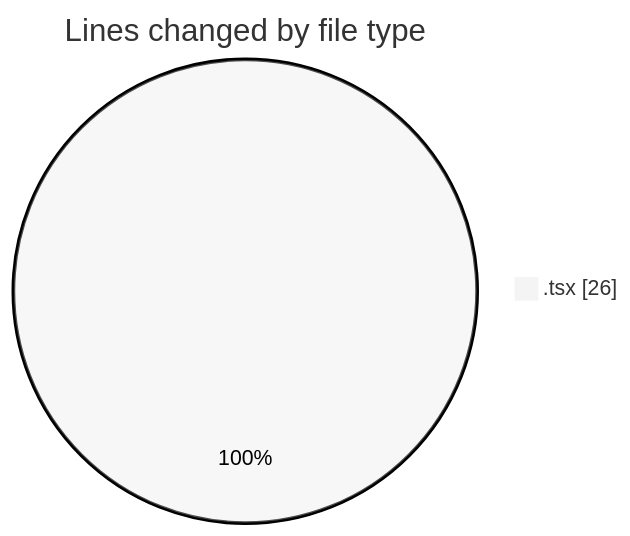
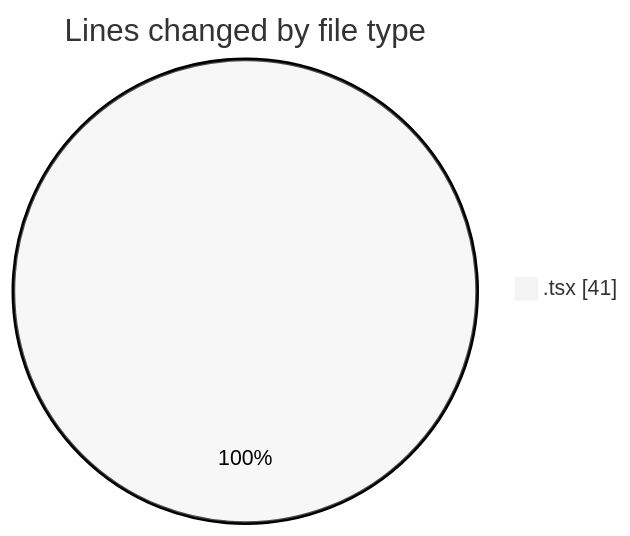
Before and after one commit to nxtqubesakshisongat/code-tracking: the first of 2 diagrams in 2026-01-22/nxtqube_webapp/README.md, drawn with Mermaid (neutral theme). The commit also changed other lines of this file and 1 other file, not shown here.

````diff
--- a/2026-01-22/nxtqube_webapp/README.md
+++ b/2026-01-22/nxtqube_webapp/README.md
@@ -20,5 +20,5 @@
 ```mermaid
 pie showData
 title Lines changed by file type
-".tsx" : 26
+".tsx" : 41
 ```
````
